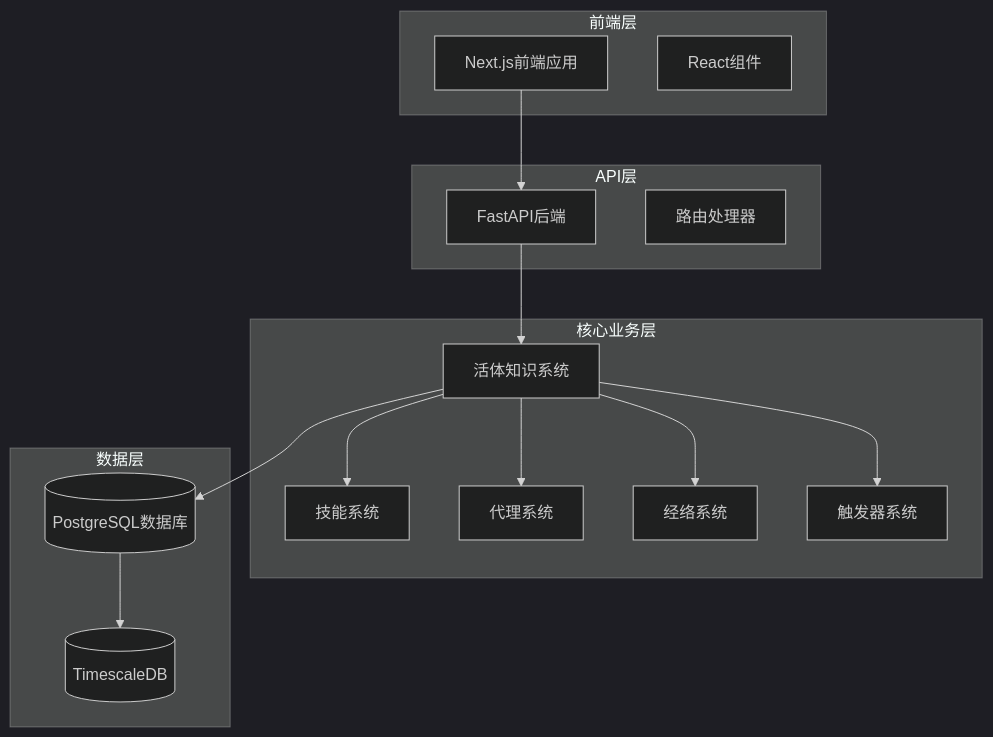
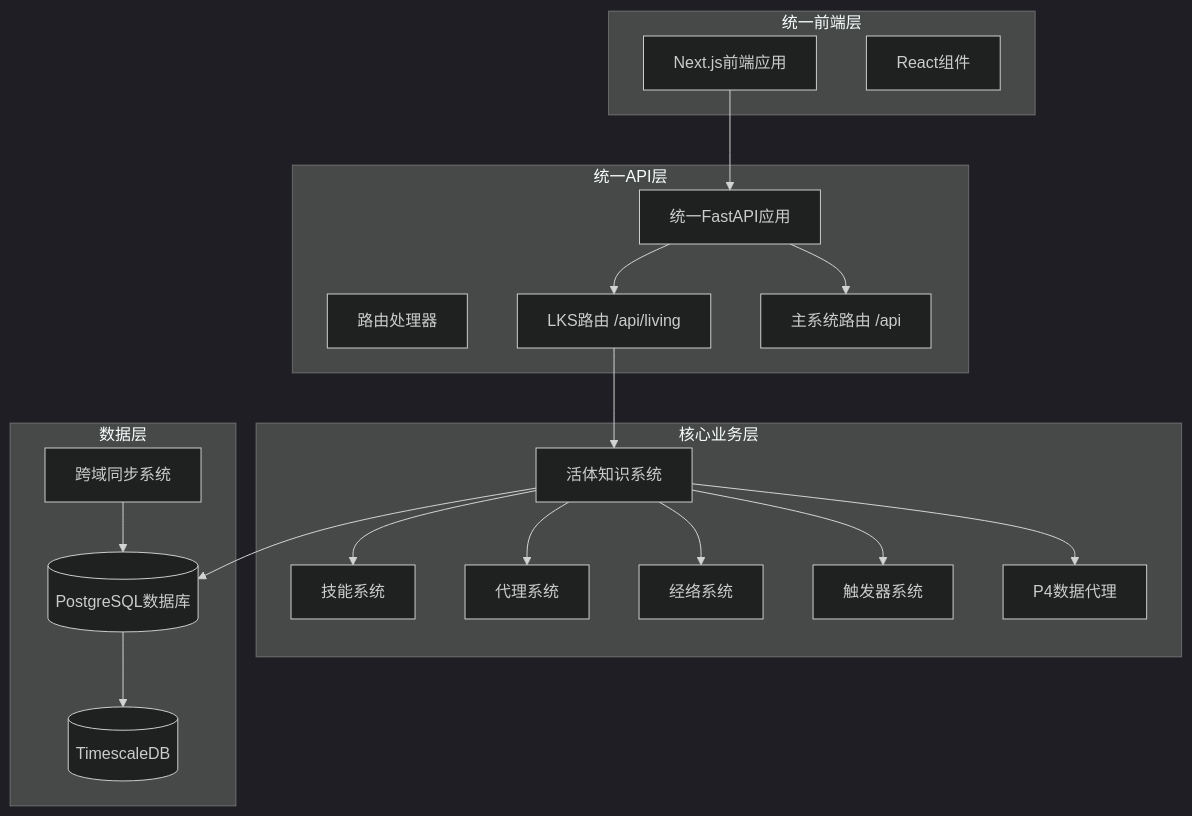
One commit to jackeyunjie/open-notebook changed the second of 8 diagrams in .qoder/repowiki/zh/content/项目概述/核心功能特性/活体知识系统.md. Above: the diagram before and after it, drawn with Mermaid (dark theme). The commit also changed other lines of this file and 51 other files, not shown here.

````diff
--- a/.qoder/repowiki/zh/content/项目概述/核心功能特性/活体知识系统.md
+++ b/.qoder/repowiki/zh/content/项目概述/核心功能特性/活体知识系统.md
@@ -42,30 +96,38 @@
 ```mermaid
 graph TB
-subgraph "前端层"
+subgraph "统一前端层"
 FE[Next.js前端应用]
 UI[React组件]
 end
-subgraph "API层"
-API[FastAPI后端]
+subgraph "统一API层"
+API[统一FastAPI应用]
 ROUTES[路由处理器]
+LKS_ROUTES[LKS路由 /api/living]
+MAIN_ROUTES[主系统路由 /api]
 end
 subgraph "核心业务层"
 LKS[活体知识系统]
 SKILLS[技能系统]
 AGENTS[代理系统]
 MERIDIANS[经络系统]
 TRIGGERS[触发器系统]
+P4_AGENT[P4数据代理]
 end
 subgraph "数据层"
 DB[(PostgreSQL数据库)]
 TIMESCALE[(TimescaleDB)]
+SYNC[跨域同步系统]
 end
 FE --> API
-API --> LKS
+API --> LKS_ROUTES
+API --> MAIN_ROUTES
+LKS_ROUTES --> LKS
 LKS --> SKILLS
 LKS --> AGENTS
 LKS --> MERIDIANS
 LKS --> TRIGGERS
+LKS --> P4_AGENT
 LKS --> DB
 DB --> TIMESCALE
+SYNC --> DB
 ```
````
